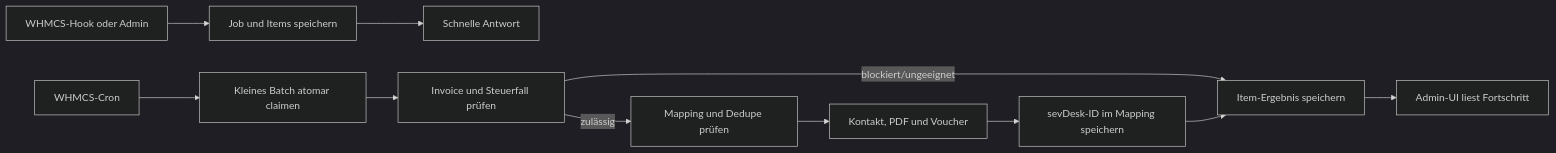
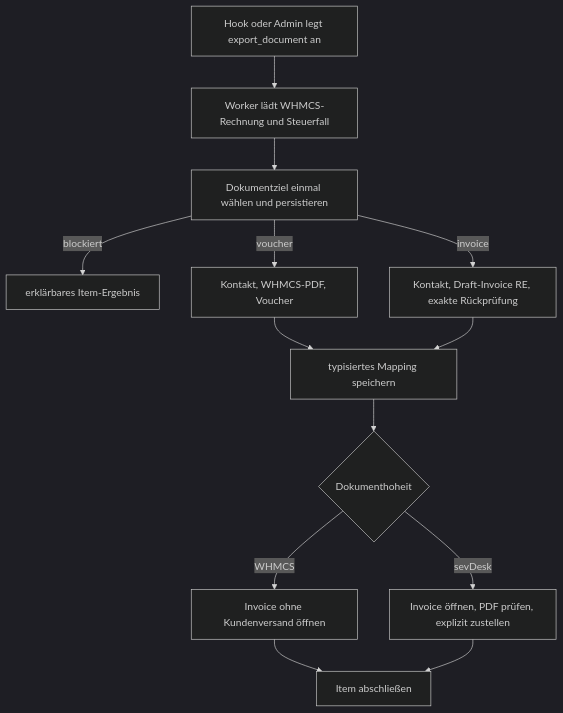
The diagram in docs/architecture.md (Nerdscave/SevDesk-V2-WHMCS-Module), drawn with Mermaid (dark theme) before and after one commit. The commit also changed other lines of this file and 105 other files, not shown here.

First line of the commit message:
feat: add invoice and hybrid export modes

````diff
--- a/docs/architecture.md
+++ b/docs/architecture.md
@@ -55,13 +156,15 @@
 ```mermaid
-flowchart LR
-    H["WHMCS-Hook oder Admin"] --> Q["Job und Items speichern"]
-    Q --> R["Schnelle Antwort"]
-    C["WHMCS-Cron"] --> L["Kleines Batch atomar claimen"]
-    L --> P["Invoice und Steuerfall prüfen"]
-    P -->|"blockiert/ungeeignet"| E["Item-Ergebnis speichern"]
-    P -->|"zulässig"| M["Mapping und Dedupe prüfen"]
-    M --> V["Kontakt, PDF und Voucher"]
-    V --> S["sevDesk-ID im Mapping speichern"]
-    S --> E
-    E --> U["Admin-UI liest Fortschritt"]
+flowchart TD
+    A["Hook oder Admin legt export_document an"] --> B["Worker lädt WHMCS-Rechnung und Steuerfall"]
+    B --> C["Dokumentziel einmal wählen und persistieren"]
+    C -->|"blockiert"| X["erklärbares Item-Ergebnis"]
+    C -->|"voucher"| V["Kontakt, WHMCS-PDF, Voucher"]
+    C -->|"invoice"| I["Kontakt, Draft-Invoice RE, exakte Rückprüfung"]
+    V --> M["typisiertes Mapping speichern"]
+    I --> M
+    M --> H{"Dokumenthoheit"}
+    H -->|"WHMCS"| O["Invoice ohne Kundenversand öffnen"]
+    H -->|"sevDesk"| D["Invoice öffnen, PDF prüfen, explizit zustellen"]
+    O --> R["Item abschließen"]
+    D --> R
 ```
````
